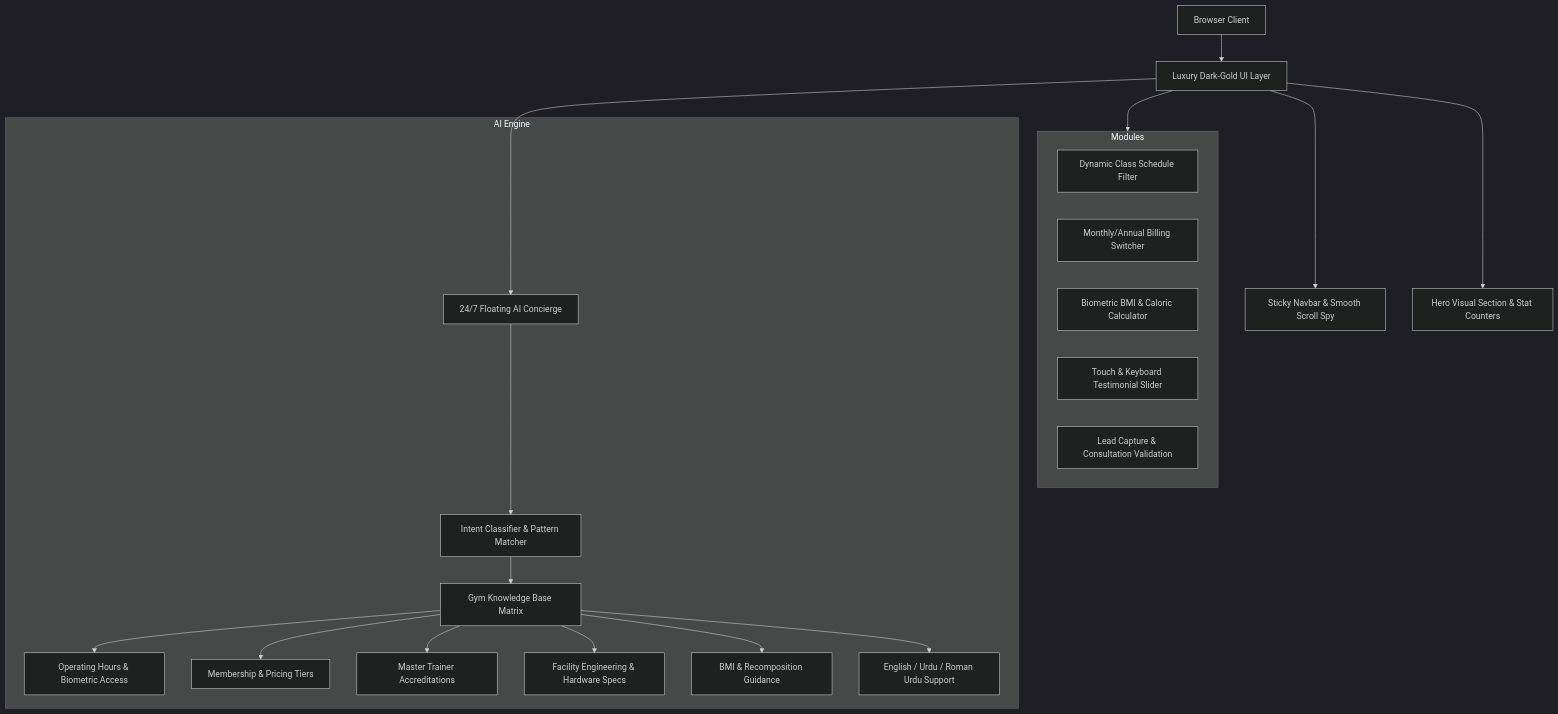
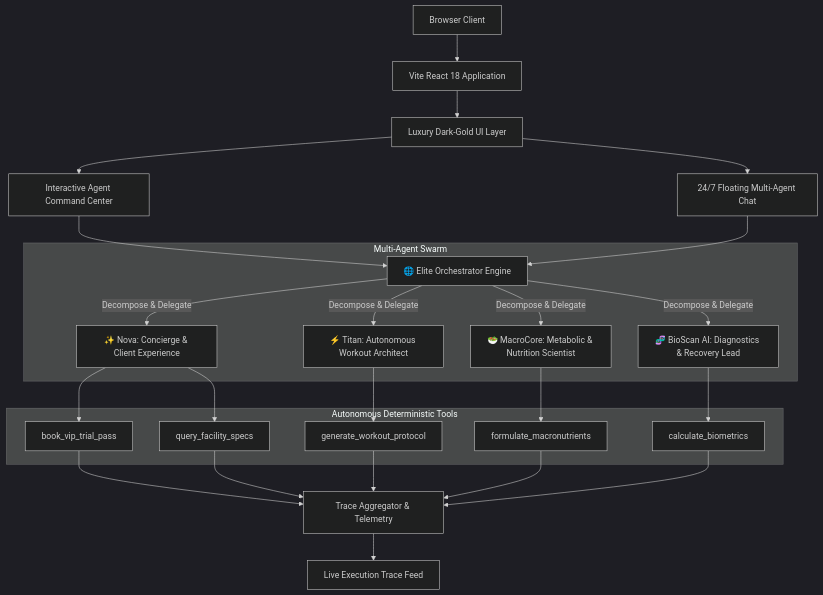
Before and after one commit to SainBux-HadiSeelro/Elite_Fitness_GYM: the diagram in SPECS.md, drawn with Mermaid (dark theme). The commit also changed other lines of this file and 28 other files, not shown here.

Commit message:
feat: transition to modern Agentic AI stack with Vite, React 18, TypeScript, Tailwind, and Multi-Agent Swarm

````diff
--- a/SPECS.md
+++ b/SPECS.md
@@ -21,28 +13,27 @@
 ```mermaid
 graph TD
-    Client[Browser Client] --> UI[Luxury Dark-Gold UI Layer]
-    UI --> Navigation[Sticky Navbar & Smooth Scroll Spy]
-    UI --> Hero[Hero Visual Section & Stat Counters]
-    UI --> Modules[Interactive Core Modules]
+    Client[Browser Client] --> Router[Vite React 18 Application]
+    Router --> UI[Luxury Dark-Gold UI Layer]
+    UI --> AgentConsole[Interactive Agent Command Center]
+    UI --> FloatingWidget[24/7 Floating Multi-Agent Chat]
     
-    subgraph Modules
-        Schedule[Dynamic Class Schedule Filter]
-        Pricing[Monthly/Annual Billing Switcher]
-        BMI[Biometric BMI & Caloric Calculator]
-        Slider[Touch & Keyboard Testimonial Slider]
-        Forms[Lead Capture & Consultation Validation]
+    AgentConsole & FloatingWidget --> Orch[🌐 Elite Orchestrator Engine]
+    
+    subgraph Multi-Agent Swarm
+        Orch -->|Decompose & Delegate| Nova[✨ Nova: Concierge & Client Experience]
+        Orch -->|Decompose & Delegate| Titan[⚡ Titan: Autonomous Workout Architect]
+        Orch -->|Decompose & Delegate| Macro[🥗 MacroCore: Metabolic & Nutrition Scientist]
+        Orch -->|Decompose & Delegate| BioScan[🧬 BioScan AI: Diagnostics & Recovery Lead]
     end
 
-    UI --> AIWidget[24/7 Floating AI Concierge]
-    
-    subgraph AI Engine
-        AIWidget --> Intent[Intent Classifier & Pattern Matcher]
-        Intent --> KB[Gym Knowledge Base Matrix]
-        KB --> Hours[Operating Hours & Biometric Access]
-        KB --> Tiers[Membership & Pricing Tiers]
-        KB --> Coaches[Master Trainer Accreditations]
-        KB --> Hardware[Facility Engineering & Hardware Specs]
-        KB --> Nutrition[BMI & Recomposition Guidance]
-        KB --> Multilingual[English / Urdu / Roman Urdu Support]
+    subgraph Autonomous Deterministic Tools
+        Nova --> Tool1[book_vip_trial_pass]
+        Nova --> Tool2[query_facility_specs]
+        Titan --> Tool3[generate_workout_protocol]
+        Macro --> Tool4[formulate_macronutrients]
+        BioScan --> Tool5[calculate_biometrics]
     end
+
+    Tool1 & Tool2 & Tool3 & Tool4 & Tool5 --> TraceCollector[Trace Aggregator & Telemetry]
+    TraceCollector --> Visualizer[Live Execution Trace Feed]
 ```
````
